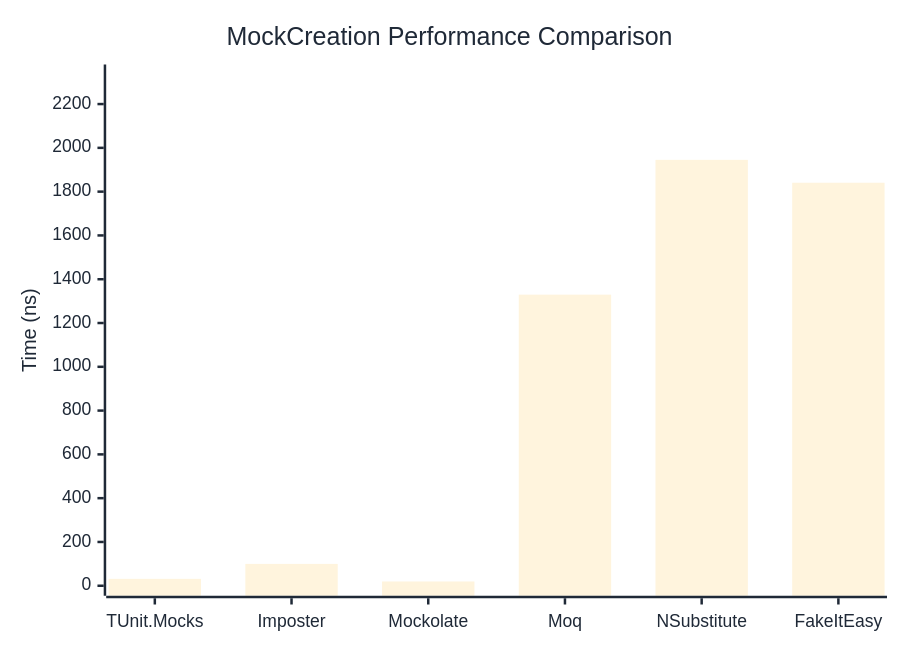
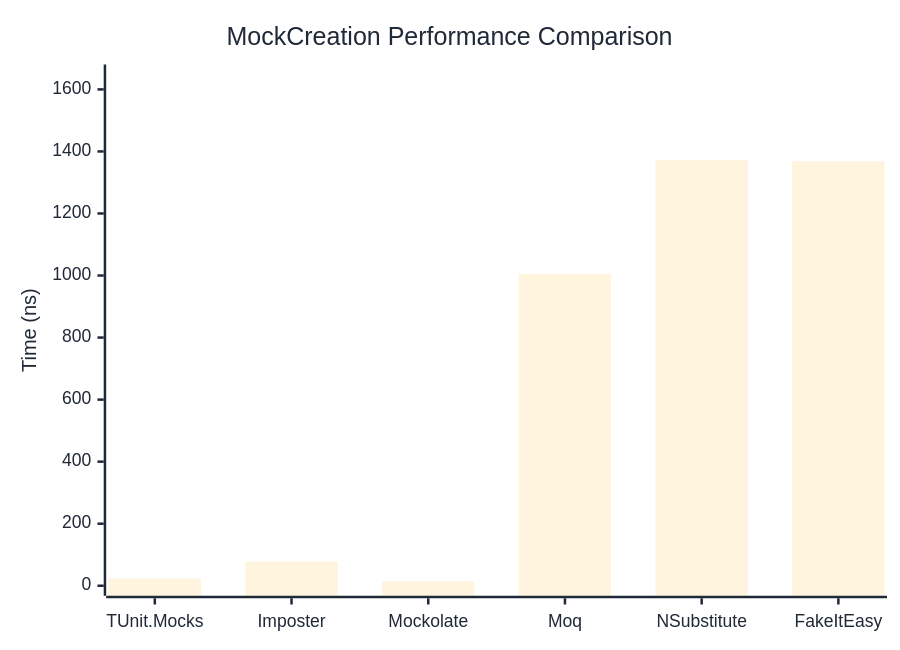
The first of 2 diagrams in docs/docs/benchmarks/mocks/MockCreation.md (thomhurst/TUnit), drawn with Mermaid before and after one commit. The commit also changed other lines of this file and 14 other files, not shown here.

````diff
--- a/docs/docs/benchmarks/mocks/MockCreation.md
+++ b/docs/docs/benchmarks/mocks/MockCreation.md
@@ -30,27 +30,27 @@
 ```mermaid
 %%{init: {
   'theme':'base',
   'themeVariables': {
     'primaryColor': '#2563eb',
     'primaryTextColor': '#1f2937',
     'primaryBorderColor': '#1e40af',
     'lineColor': '#6b7280',
     'secondaryColor': '#7c3aed',
     'tertiaryColor': '#dc2626',
     'background': '#ffffff',
     'pie1': '#2563eb',
     'pie2': '#7c3aed',
     'pie3': '#dc2626',
     'pie4': '#f59e0b',
     'pie5': '#10b981',
     'pie6': '#06b6d4',
     'pie7': '#ec4899',
     'pie8': '#6366f1'
   }
 }}%%
 xychart-beta
   title "MockCreation Performance Comparison"
   x-axis ["TUnit.Mocks", "Imposter", "Mockolate", "Moq", "NSubstitute", "FakeItEasy"]
-  y-axis "Time (ns)" 0 --> 2335
-  bar [31.48, 99.82, 19.51, 1329.55, 1945.17, 1840.64]
+  y-axis "Time (ns)" 0 --> 1648
+  bar [22.96, 78.09, 14.05, 1004.87, 1372.68, 1368.1]
 ```
````
